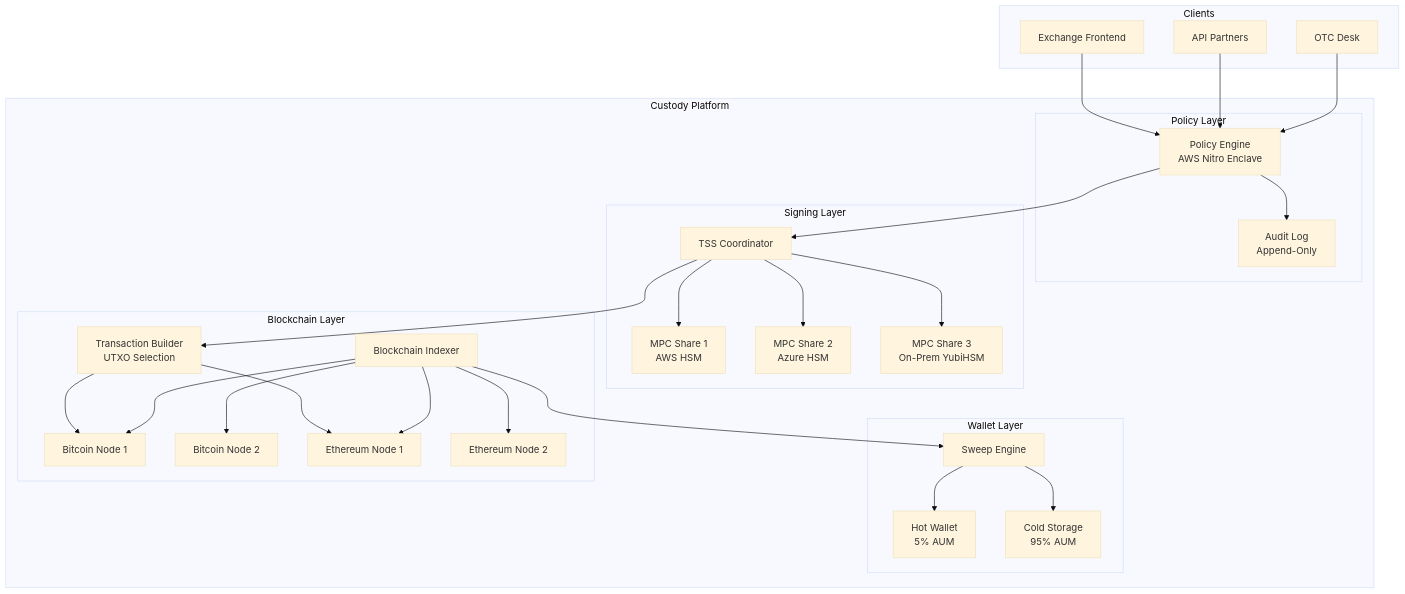
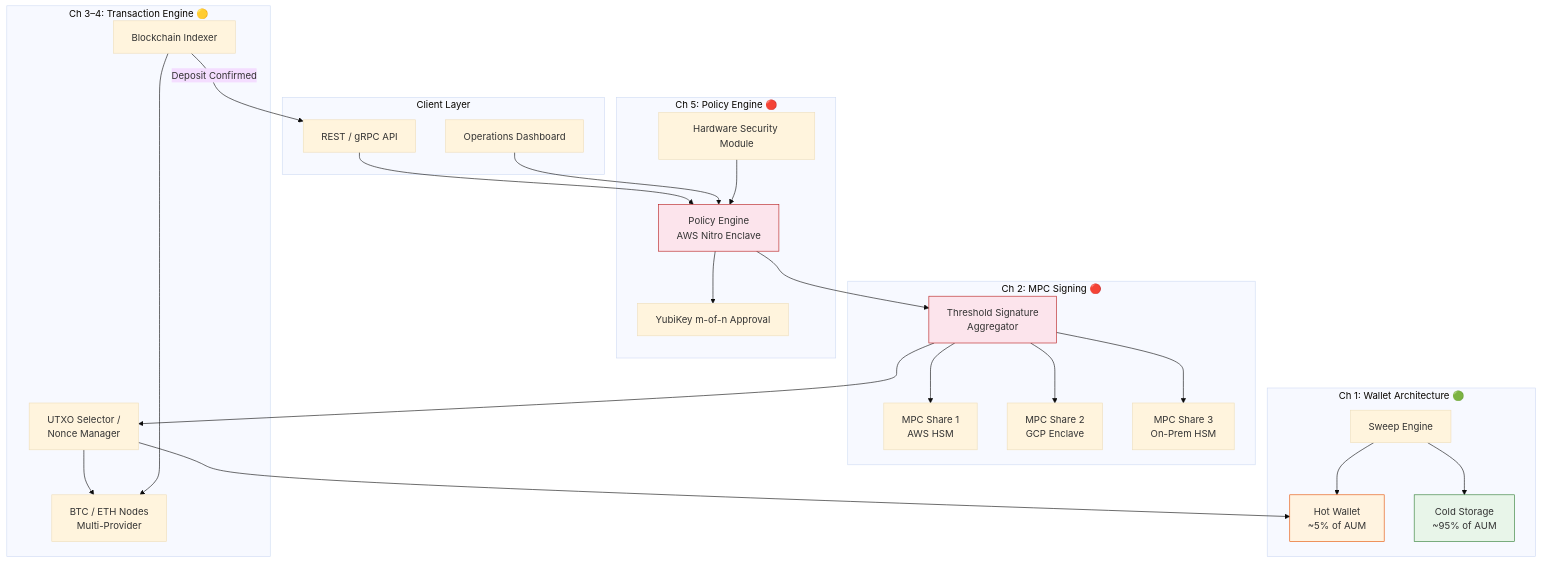
One commit to ashim-kr-saha/RustTraining changed the diagram in digital-asset-custody-book/src/ch00-introduction.md. Above: the diagram before and after it, drawn with Mermaid (base theme). The commit also changed other lines of this file and 15 other files, not shown here.

````diff
--- a/digital-asset-custody-book/src/ch00-introduction.md
+++ b/digital-asset-custody-book/src/ch00-introduction.md
@@ -80,47 +66,53 @@
 ```mermaid
 flowchart TB
-    subgraph Clients
-        C1[Exchange Frontend]
-        C2[API Partners]
-        C3[OTC Desk]
+    subgraph "Client Layer"
+        API[REST / gRPC API]
+        DASH[Operations Dashboard]
     end
 
-    subgraph Custody Platform
-        subgraph Policy Layer
-            PE[Policy Engine<br/>AWS Nitro Enclave]
-            AL[Audit Log<br/>Append-Only]
-        end
-
-        subgraph Signing Layer
-            MPC1[MPC Share 1<br/>AWS HSM]
-            MPC2[MPC Share 2<br/>Azure HSM]
-            MPC3[MPC Share 3<br/>On-Prem YubiHSM]
-            TSS[TSS Coordinator]
-        end
-
-        subgraph Wallet Layer
-            HW[Hot Wallet<br/>5% AUM]
-            CW[Cold Storage<br/>95% AUM]
-            SW[Sweep Engine]
-        end
-
-        subgraph Blockchain Layer
-            IDX[Blockchain Indexer]
-            BN1[Bitcoin Node 1]
-            BN2[Bitcoin Node 2]
-            EN1[Ethereum Node 1]
-            EN2[Ethereum Node 2]
-            TX[Transaction Builder<br/>UTXO Selection]
-        end
+    subgraph "Ch 5: Policy Engine 🔴"
+        PE[Policy Engine<br/>AWS Nitro Enclave]
+        HSM[Hardware Security Module]
+        YUBI[YubiKey m-of-n Approval]
     end
 
-    C1 & C2 & C3 --> PE
+    subgraph "Ch 2: MPC Signing 🔴"
+        MPC1[MPC Share 1<br/>AWS HSM]
+        MPC2[MPC Share 2<br/>GCP Enclave]
+        MPC3[MPC Share 3<br/>On-Prem HSM]
+        TSS[Threshold Signature<br/>Aggregator]
+    end
+
+    subgraph "Ch 1: Wallet Architecture 🟢"
+        HOT[Hot Wallet<br/>~5% of AUM]
+        COLD[Cold Storage<br/>~95% of AUM]
+        SWEEP[Sweep Engine]
+    end
+
+    subgraph "Ch 3–4: Transaction Engine 🟡"
+        UTXO[UTXO Selector /<br/>Nonce Manager]
+        IDX[Blockchain Indexer]
+        NODES[BTC / ETH Nodes<br/>Multi-Provider]
+    end
+
+    API --> PE
+    DASH --> PE
     PE --> TSS
-    TSS --> MPC1 & MPC2 & MPC3
-    TSS --> TX
-    TX --> BN1 & EN1
-    SW --> HW & CW
-    IDX --> BN1 & BN2 & EN1 & EN2
-    IDX --> SW
-    PE --> AL
+    PE --> YUBI
+    TSS --> MPC1
+    TSS --> MPC2
+    TSS --> MPC3
+    TSS --> UTXO
+    UTXO --> HOT
+    SWEEP --> HOT
+    SWEEP --> COLD
+    UTXO --> NODES
+    IDX --> NODES
+    IDX -->|Deposit Confirmed| API
+    HSM --> PE
+
+    style COLD fill:#e8f5e9,stroke:#2e7d32
+    style HOT fill:#fff3e0,stroke:#e65100
+    style PE fill:#fce4ec,stroke:#b71c1c
+    style TSS fill:#fce4ec,stroke:#b71c1c
 ```
````
